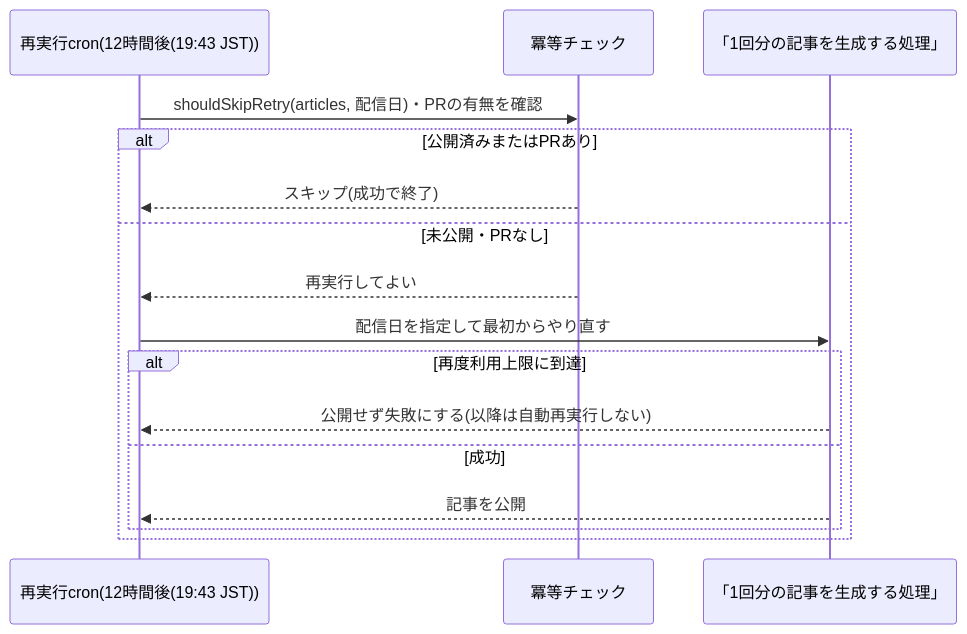
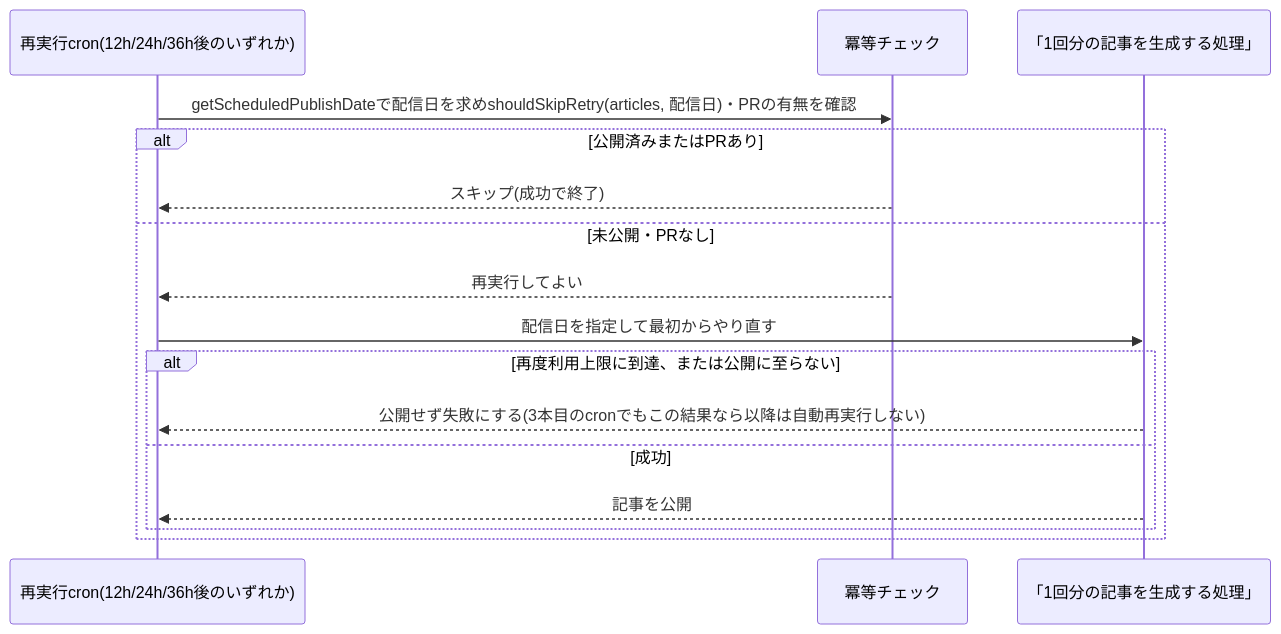
One commit to zakiyama0108/benriyatool changed the second of 2 diagrams in specs/future-digest/weekly-publish/design.md. Above: the diagram before and after it, drawn with Mermaid. The commit also changed other lines of this file and 5 other files, not shown here.

````diff
--- a/specs/future-digest/weekly-publish/design.md
+++ b/specs/future-digest/weekly-publish/design.md
@@ -66,19 +79,19 @@
 ```mermaid
 sequenceDiagram
-    participant cron as 再実行cron(12時間後(19:43 JST))
+    participant cron as 再実行cron(12h/24h/36h後のいずれか)
     participant check as 冪等チェック
     participant flow as 「1回分の記事を生成する処理」
 
-    cron ->> check: shouldSkipRetry(articles, 配信日)・PRの有無を確認
+    cron ->> check: getScheduledPublishDateで配信日を求めshouldSkipRetry(articles, 配信日)・PRの有無を確認
     alt 公開済みまたはPRあり
         check -->> cron: スキップ(成功で終了)
     else 未公開・PRなし
         check -->> cron: 再実行してよい
         cron ->> flow: 配信日を指定して最初からやり直す
-        alt 再度利用上限に到達
-            flow -->> cron: 公開せず失敗にする(以降は自動再実行しない)
+        alt 再度利用上限に到達、または公開に至らない
+            flow -->> cron: 公開せず失敗にする(3本目のcronでもこの結果なら以降は自動再実行しない)
         else 成功
             flow -->> cron: 記事を公開
         end
     end
 ```
````
